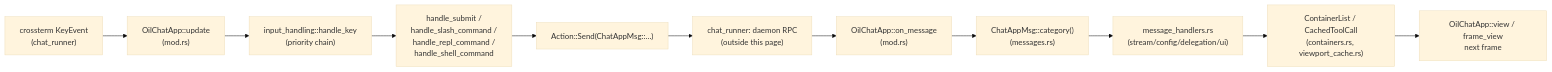
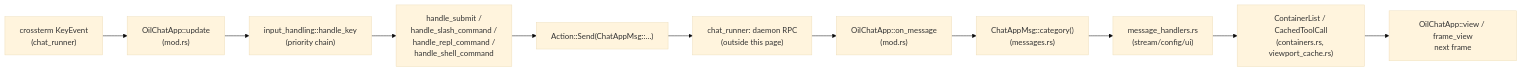
One commit to Mootikins/crucible changed the diagram in docs/Meta/Architecture/TUI Chat App.md. Above: the diagram before and after it, drawn with Mermaid (base theme). The commit also changed other lines of this file and 37 other files, not shown here.

````diff
--- a/docs/Meta/Architecture/TUI Chat App.md
+++ b/docs/Meta/Architecture/TUI Chat App.md
@@ -246,13 +249,13 @@
 ```mermaid
 flowchart LR
     A["crossterm KeyEvent<br/>(chat_runner)"] --> B["OilChatApp::update<br/>(mod.rs)"]
     B --> C["input_handling::handle_key<br/>(priority chain)"]
     C --> D["handle_submit /<br/>handle_slash_command /<br/>handle_repl_command /<br/>handle_shell_command"]
     D --> E["Action::Send(ChatAppMsg::…)"]
     E --> F["chat_runner: daemon RPC<br/>(outside this page)"]
     F --> G["OilChatApp::on_message<br/>(mod.rs)"]
     G --> H["ChatAppMsg::category()<br/>(messages.rs)"]
-    H --> I["message_handlers.rs<br/>(stream/config/delegation/ui)"]
+    H --> I["message_handlers.rs<br/>(stream/config/ui)"]
     I --> J["ContainerList / CachedToolCall<br/>(containers.rs, viewport_cache.rs)"]
     J --> K["OilChatApp::view / frame_view<br/>next frame"]
 ```
````
